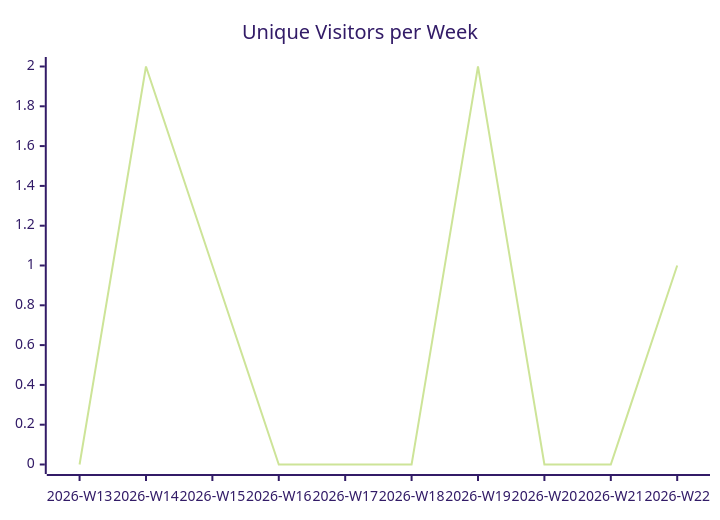
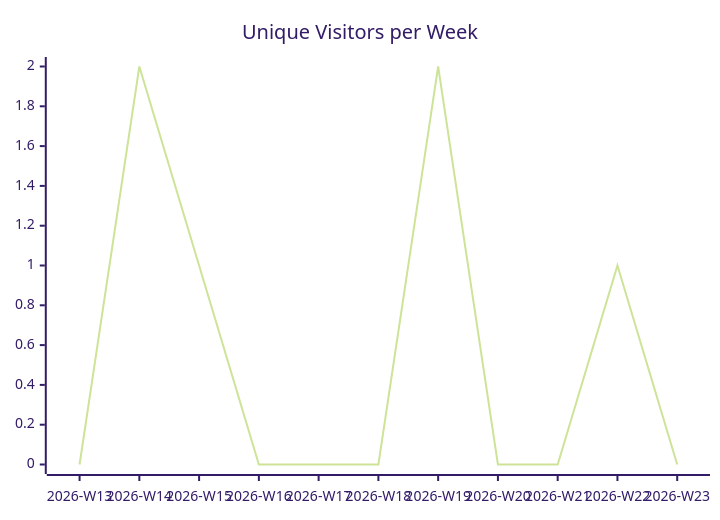
Before and after one commit to justdavis-family/github-analytics-data: the first of 3 diagrams in karlmdavis/justdavis-ansible/README.md, drawn with Mermaid (forest theme). The commit also changed other lines of this file and 186 other files, not shown here.

````diff
--- a/karlmdavis/justdavis-ansible/README.md
+++ b/karlmdavis/justdavis-ansible/README.md
@@ -5,6 +5,6 @@
 ```mermaid
 xychart-beta
   title "Unique Visitors per Week"
-  x-axis ["2026-W13", "2026-W14", "2026-W15", "2026-W16", "2026-W17", "2026-W18", "2026-W19", "2026-W20", "2026-W21", "2026-W22"]
-  line [0, 2, 1, 0, 0, 0, 2, 0, 0, 1]
+  x-axis ["2026-W13", "2026-W14", "2026-W15", "2026-W16", "2026-W17", "2026-W18", "2026-W19", "2026-W20", "2026-W21", "2026-W22", "2026-W23"]
+  line [0, 2, 1, 0, 0, 0, 2, 0, 0, 1, 0]
 ```
````
